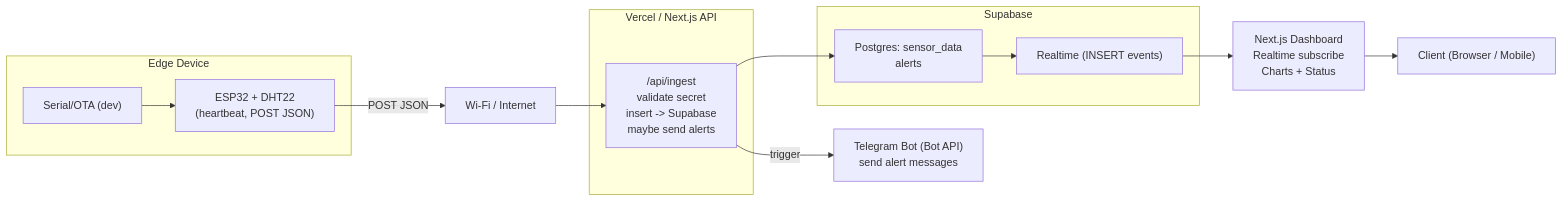
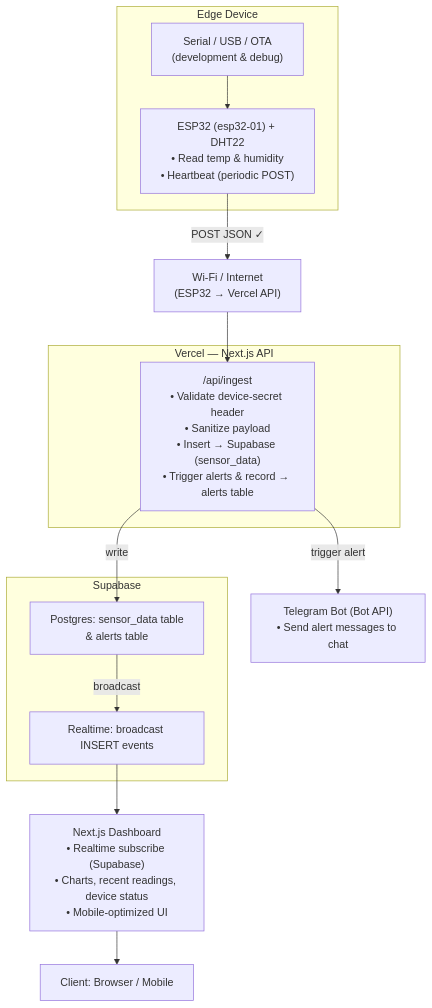
One commit to mA4rK0/IoT-Temperature-Humidity-Monitoring-System changed the diagram in README.md. Above: the diagram before and after it, drawn with Mermaid.

````diff
--- a/README.md
+++ b/README.md
@@ -18,30 +18,39 @@
 ```mermaid
-flowchart LR
+flowchart TD
+  %% Device layer
   subgraph DEVICE["Edge Device"]
-    ESP32["ESP32 + DHT22\n(heartbeat, POST JSON)"]
-    DEVTOOLS["Serial/OTA (dev)"]
+    ESP32["ESP32 (esp32-01) + DHT22<br/>• Read temp & humidity<br/>• Heartbeat (periodic POST)"]
+    DEVTOOLS["Serial / USB / OTA<br/>(development & debug)"]
   end
 
-  WIFI["Wi-Fi / Internet"]
+  %% Network
+  WIFI["Wi-Fi / Internet<br/>(ESP32 → Vercel API)"]
 
-  subgraph VERCEL["Vercel / Next.js API"]
-    API["/api/ingest\nvalidate secret\ninsert -> Supabase\nmaybe send alerts"]
+  %% Server layer
+  subgraph VERCEL["Vercel — Next.js API"]
+    API["/api/ingest<br/>• Validate device-secret header<br/>• Sanitize payload<br/>• Insert → Supabase (sensor_data)<br/>• Trigger alerts & record → alerts table"]
   end
 
+  %% Database & realtime
   subgraph SUPABASE["Supabase"]
-    DB["Postgres: sensor_data\nalerts"]
-    RT["Realtime (INSERT events)"]
+    DB["Postgres: sensor_data table<br/>& alerts table"]
+    RT["Realtime: broadcast INSERT events"]
   end
 
-  DASH["Next.js Dashboard\nRealtime subscribe\nCharts + Status"]
-  TELE["Telegram Bot (Bot API)\nsend alert messages"]
-  CLIENT["Client (Browser / Mobile)"]
+  %% Frontend & clients
+  DASH["Next.js Dashboard<br/>• Realtime subscribe (Supabase)<br/>• Charts, recent readings, device status<br/>• Mobile-optimized UI"]
+  CLIENT["Client: Browser / Mobile"]
 
-  ESP32 -->|POST JSON| WIFI --> API
-  API --> DB
-  DB --> RT
+  %% Alerting
+  TELE["Telegram Bot (Bot API)<br/>• Send alert messages to chat"]
+
+  %% Flow connections (top → bottom)
+  ESP32 -->|POST JSON ✓| WIFI
+  WIFI --> API
+  API -->|write| DB
+  DB -->|broadcast| RT
   RT --> DASH
   DASH --> CLIENT
-  API -->|trigger| TELE
+  API -->|trigger alert| TELE
   DEVTOOLS --> ESP32
 ```
````
